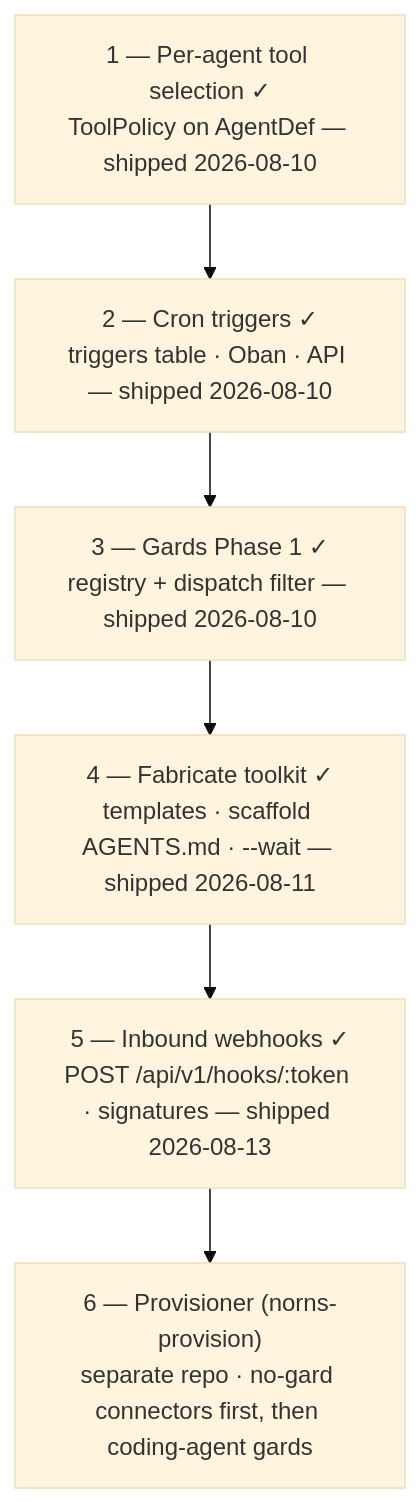
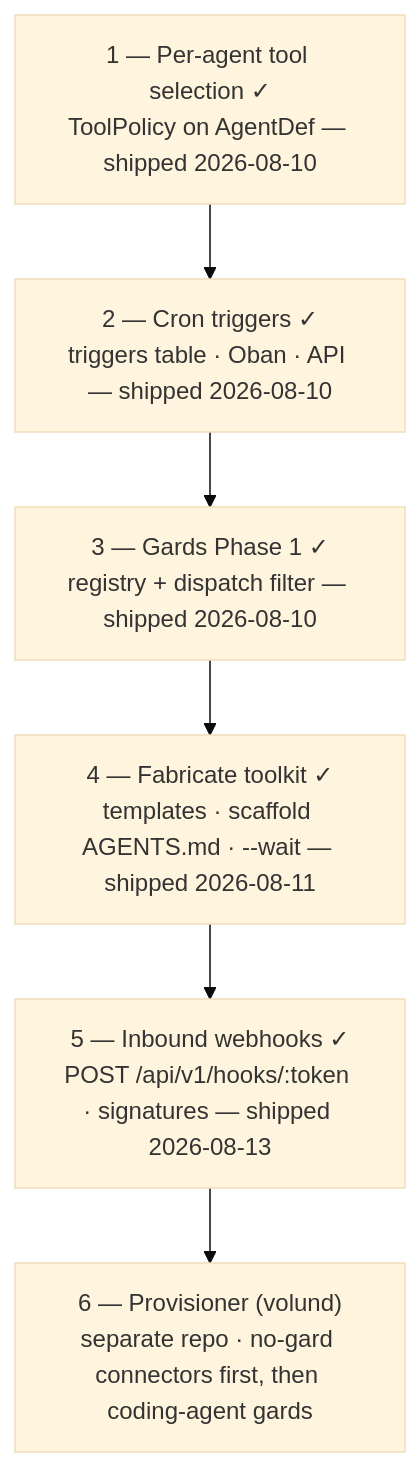
Before and after one commit to amackera/norns: the diagram in docs/roadmap.md, drawn with Mermaid (base theme). The commit also changed other lines of this file and 2 other files, not shown here.

Commit message:
Name the provisioner: volund

````diff
--- a/docs/roadmap.md
+++ b/docs/roadmap.md
@@ -56,10 +56,10 @@
 ```mermaid
 flowchart TB
     A["1 — Per-agent tool selection ✓<br/>ToolPolicy on AgentDef — shipped 2026-08-10"]
     B["2 — Cron triggers ✓<br/>triggers table · Oban · API — shipped 2026-08-10"]
     C["3 — Gards Phase 1 ✓<br/>registry + dispatch filter — shipped 2026-08-10"]
     D["4 — Fabricate toolkit ✓<br/>templates · scaffold AGENTS.md · --wait — shipped 2026-08-11"]
     E["5 — Inbound webhooks ✓<br/>POST /api/v1/hooks/:token · signatures — shipped 2026-08-13"]
-    F["6 — Provisioner (norns-provision)<br/>separate repo · no-gard connectors first, then coding-agent gards"]
+    F["6 — Provisioner (volund)<br/>separate repo · no-gard connectors first, then coding-agent gards"]
     A --> B --> C --> D --> E --> F
 ```
````
